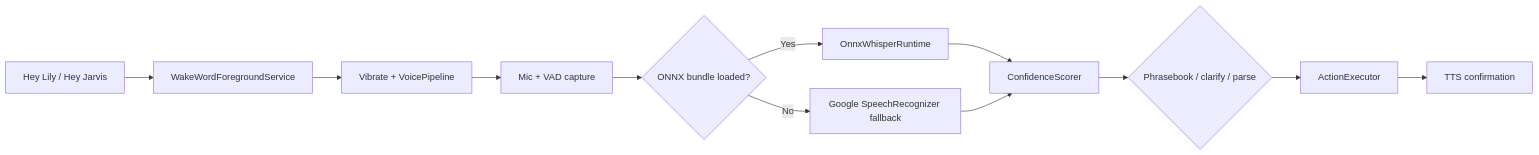
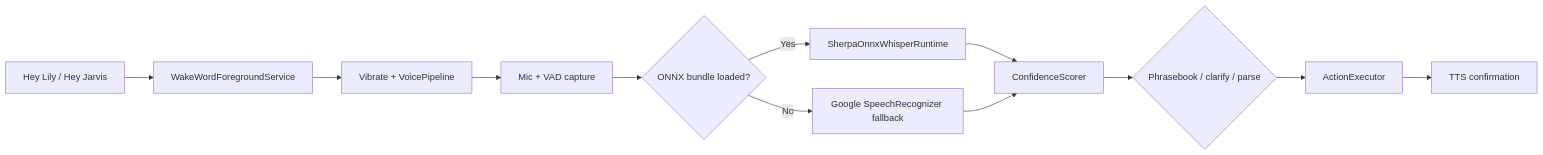
Before and after one commit to Anushka13-bit/Vaani: the third of 4 diagrams in README.md, drawn with Mermaid. The commit also changed other lines of this file and 13 other files, not shown here.

````diff
--- a/README.md
+++ b/README.md
@@ -140,14 +140,14 @@
 ```mermaid
 flowchart LR
     A["Hey Lily / Hey Jarvis"] --> B[WakeWordForegroundService]
     B --> C[Vibrate + VoicePipeline]
     C --> D[Mic + VAD capture]
     D --> E{ONNX bundle loaded?}
-    E -->|Yes| F[OnnxWhisperRuntime]
+    E -->|Yes| F[SherpaOnnxWhisperRuntime]
     E -->|No| G[Google SpeechRecognizer fallback]
     F --> H[ConfidenceScorer]
     G --> H
     H --> I{Phrasebook / clarify / parse}
     I --> J[ActionExecutor]
     J --> K[TTS confirmation]
 ```
````
